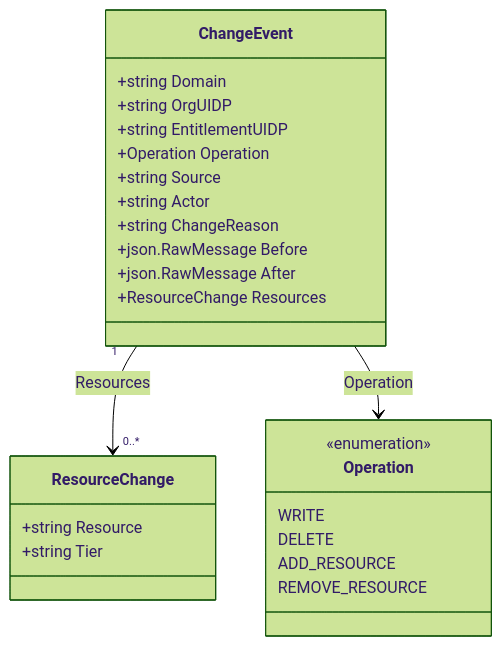
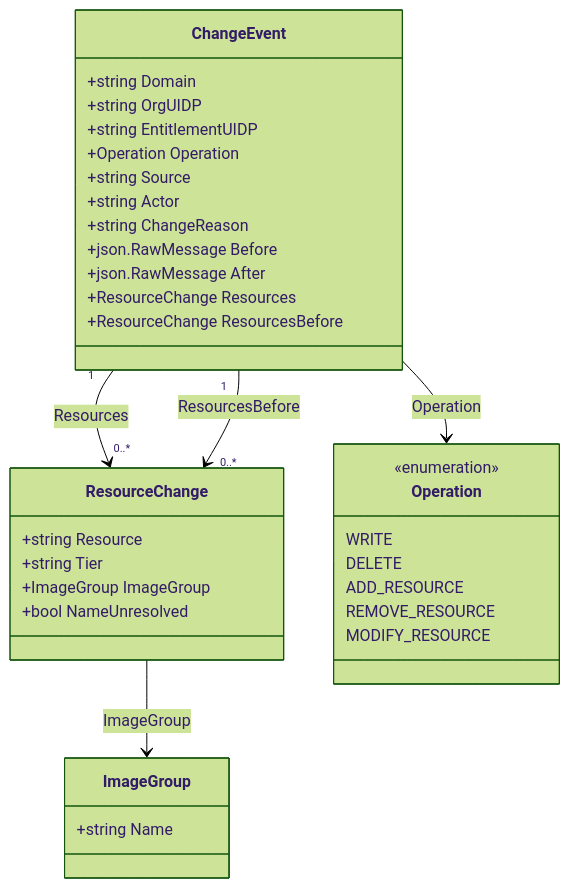
The first of 3 diagrams in events/entitlements/CONTRACT.md (chainguard-dev/sdk), drawn with Mermaid (forest theme) before and after one commit. The commit also changed other lines of this file and 2 other files, not shown here.

First line of the commit message:
Add MODIFY_RESOURCE event operation and ImageGroup/NameUnresolved fields to the entitlement change event, for in-place resource updates.

````diff
--- a/events/entitlements/CONTRACT.md
+++ b/events/entitlements/CONTRACT.md
@@ -38,28 +38,37 @@
 ```mermaid
 classDiagram
     class ChangeEvent {
         +string Domain
         +string OrgUIDP
         +string EntitlementUIDP
         +Operation Operation
         +string Source
         +string Actor
         +string ChangeReason
         +json.RawMessage Before
         +json.RawMessage After
         +ResourceChange Resources
+        +ResourceChange ResourcesBefore
     }
     class ResourceChange {
         +string Resource
         +string Tier
+        +ImageGroup ImageGroup
+        +bool NameUnresolved
+    }
+    class ImageGroup {
+        +string Name
     }
     class Operation {
         <<enumeration>>
         WRITE
         DELETE
         ADD_RESOURCE
         REMOVE_RESOURCE
+        MODIFY_RESOURCE
     }
     ChangeEvent "1" --> "0..*" ResourceChange : Resources
+    ChangeEvent "1" --> "0..*" ResourceChange : ResourcesBefore
+    ResourceChange --> ImageGroup : ImageGroup
     ChangeEvent --> Operation : Operation
 ```
````
